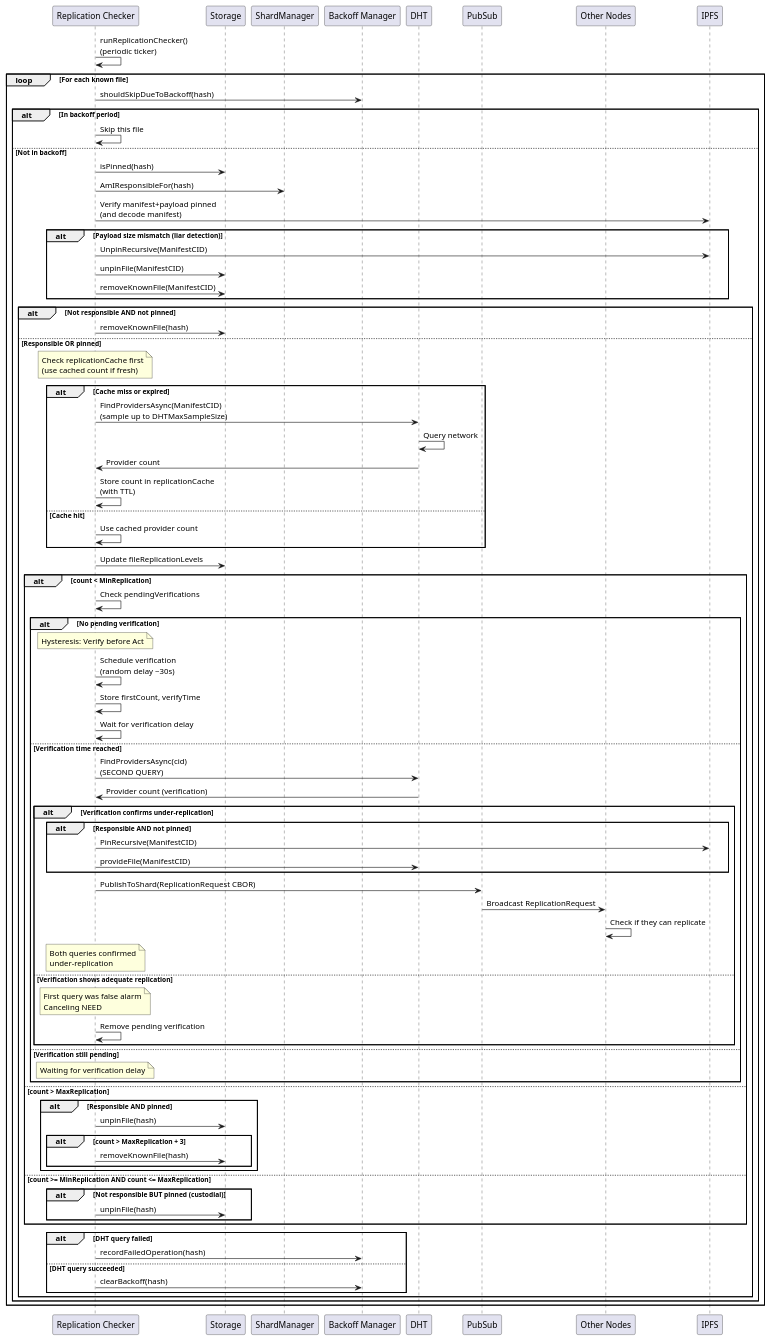
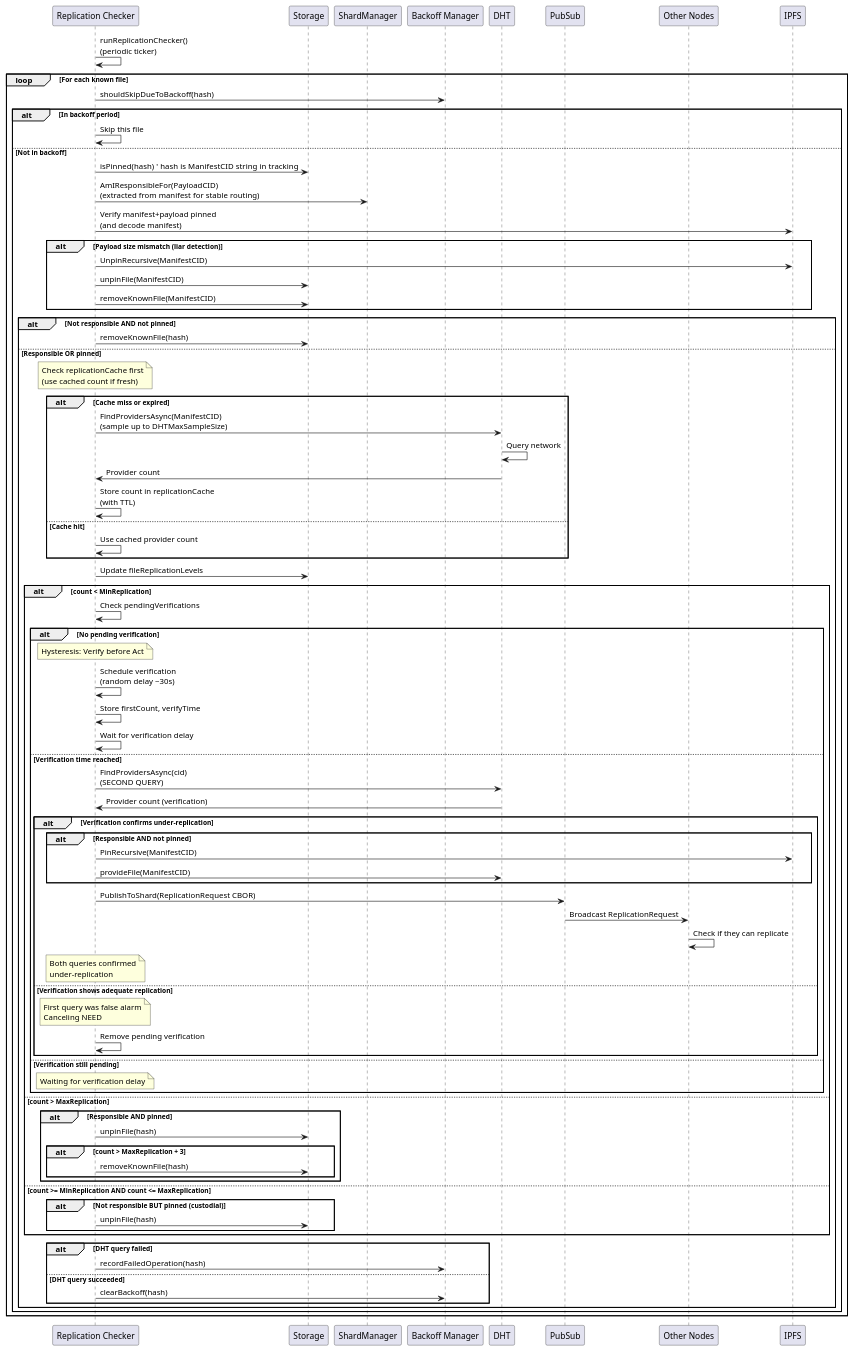
One commit to gipplab/D-LOCKSS changed the diagram in docs/replication_check_sequence.puml. Above: the diagram before and after it, drawn with PlantUML. The commit also changed 16 other files, not shown here.

```diff
--- a/docs/replication_check_sequence.puml
+++ b/docs/replication_check_sequence.puml
@@ -1,90 +1,90 @@
 @startuml Replication Check Sequence
 
 participant "Replication Checker" as ReplChecker
 participant "Storage" as Storage
 participant "ShardManager" as ShardMgr
 participant "Backoff Manager" as Backoff
 participant "DHT" as DHT
 participant "PubSub" as PubSub
 participant "Other Nodes" as Nodes
 
 ReplChecker -> ReplChecker: runReplicationChecker()\n(periodic ticker)
 
 loop For each known file
     ReplChecker -> Backoff: shouldSkipDueToBackoff(hash)
     alt In backoff period
         ReplChecker -> ReplChecker: Skip this file
     else Not in backoff
-        ReplChecker -> Storage: isPinned(hash)
-        ReplChecker -> ShardMgr: AmIResponsibleFor(hash)
+    ReplChecker -> Storage: isPinned(hash)  ' hash is ManifestCID string in tracking
+        ReplChecker -> ShardMgr: AmIResponsibleFor(PayloadCID)\n(extracted from manifest for stable routing)
         ReplChecker -> IPFS: Verify manifest+payload pinned\n(and decode manifest)
         alt Payload size mismatch (liar detection)
             ReplChecker -> IPFS: UnpinRecursive(ManifestCID)
             ReplChecker -> Storage: unpinFile(ManifestCID)
             ReplChecker -> Storage: removeKnownFile(ManifestCID)
         end
         
         alt Not responsible AND not pinned
             ReplChecker -> Storage: removeKnownFile(hash)
         else Responsible OR pinned
             Note over ReplChecker: Check replicationCache first\n(use cached count if fresh)
             alt Cache miss or expired
                 ReplChecker -> DHT: FindProvidersAsync(ManifestCID)\n(sample up to DHTMaxSampleSize)
                 DHT -> DHT: Query network
                 DHT -> ReplChecker: Provider count
                 ReplChecker -> ReplChecker: Store count in replicationCache\n(with TTL)
             else Cache hit
                 ReplChecker -> ReplChecker: Use cached provider count
             end
             
             ReplChecker -> Storage: Update fileReplicationLevels
             
             alt count < MinReplication
                 ReplChecker -> ReplChecker: Check pendingVerifications
                 alt No pending verification
                     Note over ReplChecker: Hysteresis: Verify before Act
                     ReplChecker -> ReplChecker: Schedule verification\n(random delay ~30s)
                     ReplChecker -> ReplChecker: Store firstCount, verifyTime
                     ReplChecker -> ReplChecker: Wait for verification delay
                 else Verification time reached
                     ReplChecker -> DHT: FindProvidersAsync(cid)\n(SECOND QUERY)
                     DHT -> ReplChecker: Provider count (verification)
                     alt Verification confirms under-replication
                         alt Responsible AND not pinned
                             ReplChecker -> IPFS: PinRecursive(ManifestCID)
                             ReplChecker -> DHT: provideFile(ManifestCID)
                         end
                         ReplChecker -> PubSub: PublishToShard(ReplicationRequest CBOR)
                         PubSub -> Nodes: Broadcast ReplicationRequest
                         Nodes -> Nodes: Check if they can replicate
                         Note over ReplChecker: Both queries confirmed\nunder-replication
                     else Verification shows adequate replication
                         Note over ReplChecker: First query was false alarm\nCanceling NEED
                         ReplChecker -> ReplChecker: Remove pending verification
                     end
                 else Verification still pending
                     Note over ReplChecker: Waiting for verification delay
                 end
             else count > MaxReplication
                 alt Responsible AND pinned
                     ReplChecker -> Storage: unpinFile(hash)
                     alt count > MaxReplication + 3
                         ReplChecker -> Storage: removeKnownFile(hash)
                     end
                 end
             else count >= MinReplication AND count <= MaxReplication
                 alt Not responsible BUT pinned (custodial)
                     ReplChecker -> Storage: unpinFile(hash)
                 end
             end
             
             alt DHT query failed
                 ReplChecker -> Backoff: recordFailedOperation(hash)
             else DHT query succeeded
                 ReplChecker -> Backoff: clearBackoff(hash)
             end
         end
     end
 end
 
 @enduml
```
